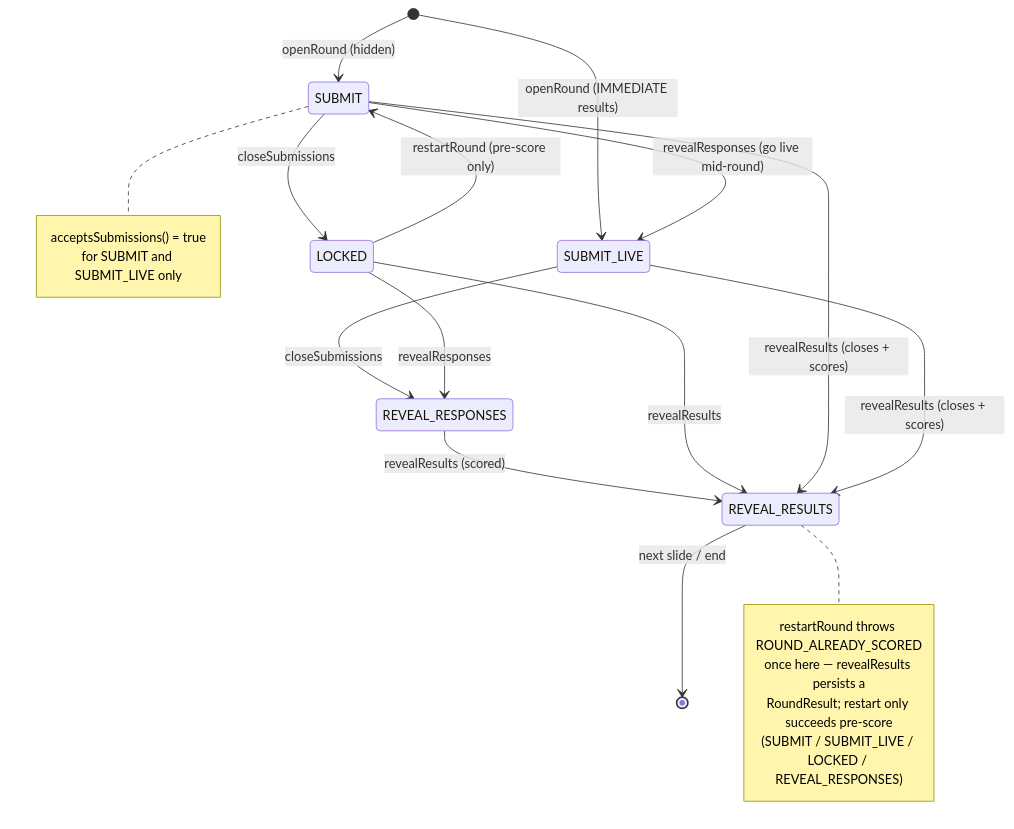
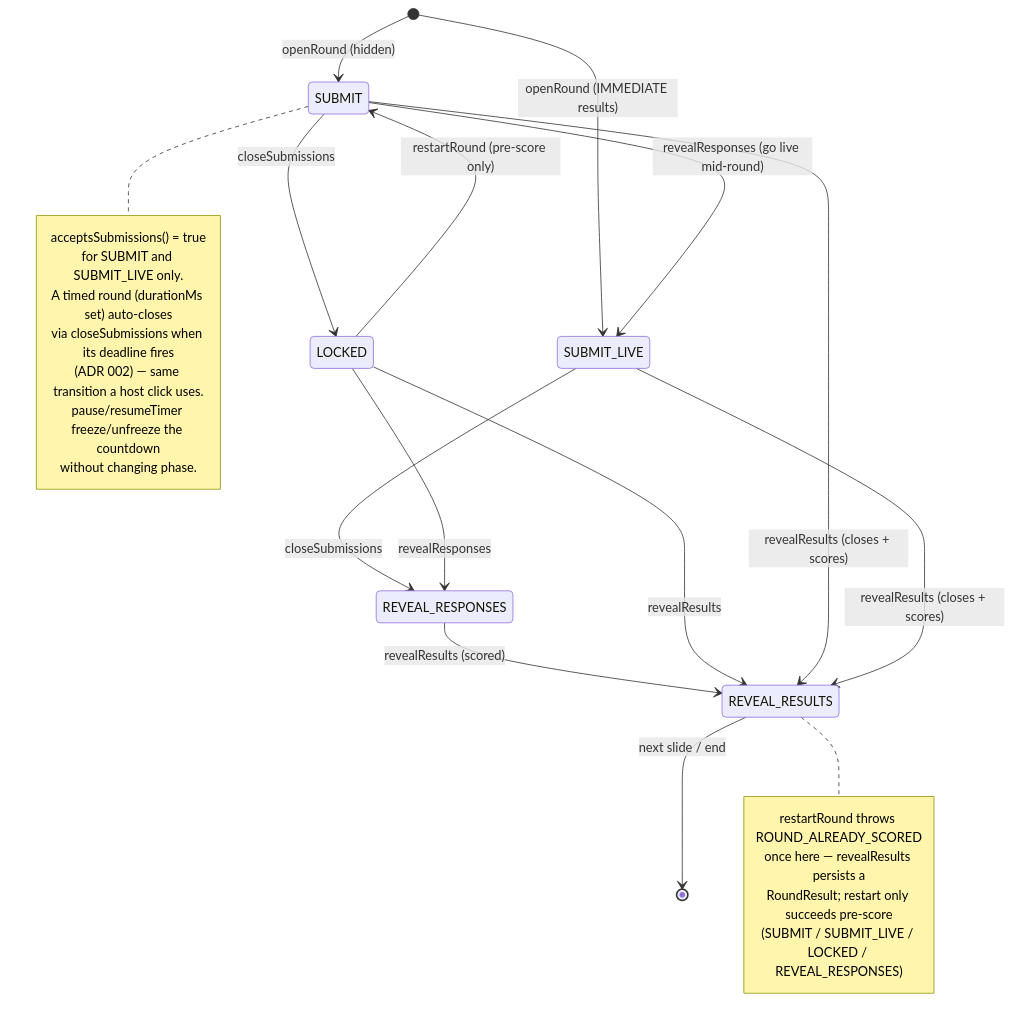
The second of 5 diagrams in z-docs/diagrams/live-session.md (Saganaut/ambi), drawn with Mermaid before and after one commit. The commit also changed other lines of this file and 49 other files, not shown here.

First line of the commit message:
feat(session): auto-close round timers via DeadlineScheduler

````diff
--- a/z-docs/diagrams/live-session.md
+++ b/z-docs/diagrams/live-session.md
@@ -43,27 +46,32 @@
 ```mermaid
 stateDiagram-v2
     [*] --> SUBMIT : openRound (hidden)
     [*] --> SUBMIT_LIVE : openRound (IMMEDIATE results)
     SUBMIT --> SUBMIT_LIVE : revealResponses (go live mid-round)
     SUBMIT --> LOCKED : closeSubmissions
     SUBMIT_LIVE --> REVEAL_RESPONSES : closeSubmissions
     LOCKED --> REVEAL_RESPONSES : revealResponses
     REVEAL_RESPONSES --> REVEAL_RESULTS : revealResults (scored)
     LOCKED --> REVEAL_RESULTS : revealResults
     SUBMIT --> REVEAL_RESULTS : revealResults (closes + scores)
     SUBMIT_LIVE --> REVEAL_RESULTS : revealResults (closes + scores)
     LOCKED --> SUBMIT : restartRound (pre-score only)
     REVEAL_RESULTS --> [*] : next slide / end
 
     note right of SUBMIT
         acceptsSubmissions() = true
-        for SUBMIT and SUBMIT_LIVE only
+        for SUBMIT and SUBMIT_LIVE only.
+        A timed round (durationMs set) auto-closes
+        via closeSubmissions when its deadline fires
+        (ADR 002) — same transition a host click uses.
+        pause/resumeTimer freeze/unfreeze the countdown
+        without changing phase.
     end note
 
     note right of REVEAL_RESULTS
         restartRound throws ROUND_ALREADY_SCORED
         once here — revealResults persists a
         RoundResult; restart only succeeds pre-score
         (SUBMIT / SUBMIT_LIVE / LOCKED / REVEAL_RESPONSES)
     end note
 ```
````
